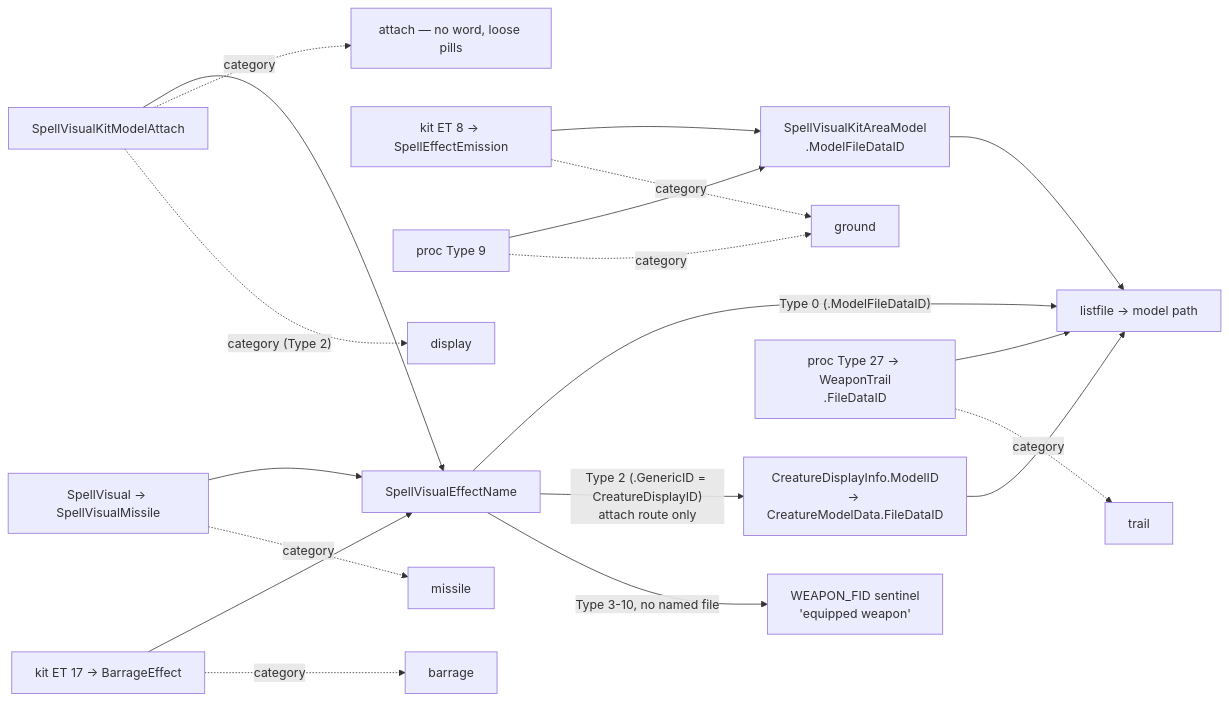
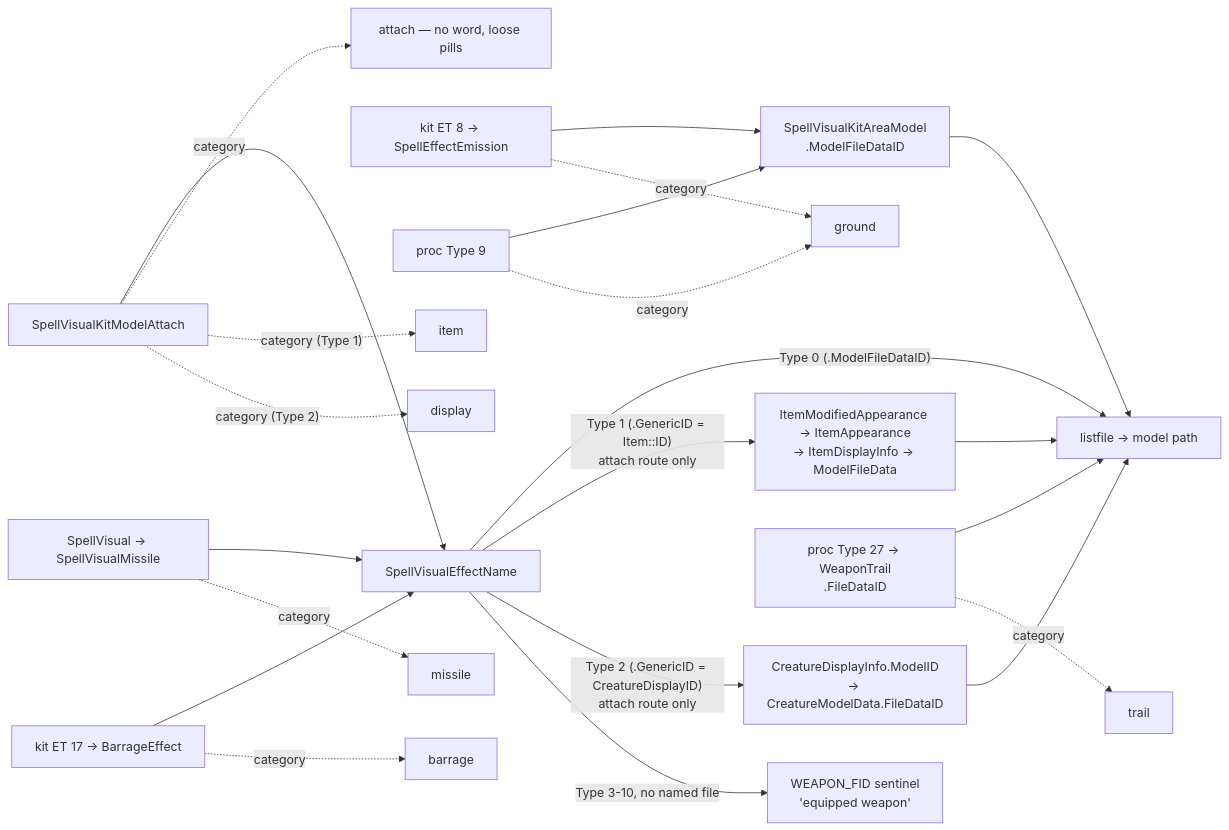
The fifth of 14 diagrams in DATA_ROUTES.md (Natans8/Epsilook), drawn with Mermaid before and after one commit. The commit also changed other lines of this file and 19 other files, not shown here.

````diff
--- a/DATA_ROUTES.md
+++ b/DATA_ROUTES.md
@@ -273,25 +273,28 @@
 ```mermaid
 flowchart LR
   A1["SpellVisualKitModelAttach"] --> EN["SpellVisualEffectName"]
   M1["SpellVisual → SpellVisualMissile"] --> EN
   E17["kit ET 17 → BarrageEffect"] --> EN
 
   EN -->|"Type 0 (.ModelFileDataID)"| LF["listfile → model path"]
+  EN -->|"Type 1 (.GenericID = Item::ID)<br/>attach route only"| ITM["ItemModifiedAppearance → ItemAppearance<br/>→ ItemDisplayInfo → ModelFileData"]
+  ITM --> LF
   EN -->|"Type 2 (.GenericID = CreatureDisplayID)<br/>attach route only"| CDI["CreatureDisplayInfo.ModelID<br/>→ CreatureModelData.FileDataID"]
   CDI --> LF
   EN -->|"Type 3-10, no named file"| WPN["WEAPON_FID sentinel<br/>'equipped weapon'"]
 
   E8["kit ET 8 → SpellEffectEmission"] --> AM["SpellVisualKitAreaModel<br/>.ModelFileDataID"]
   P9["proc Type 9"] --> AM
 
   P27["proc Type 27 → WeaponTrail<br/>.FileDataID"] --> LF
   AM --> LF
 
   A1 -.->|"category"| C0["attach — no word, loose pills"]
+  A1 -.->|"category (Type 1)"| C6["item"]
   A1 -.->|"category (Type 2)"| C5["display"]
   M1 -.->|"category"| C1["missile"]
   E17 -.->|"category"| C4["barrage"]
   E8 -.->|"category"| C2["ground"]
   P9 -.->|"category"| C2
   P27 -.->|"category"| C3["trail"]
 ```
````
